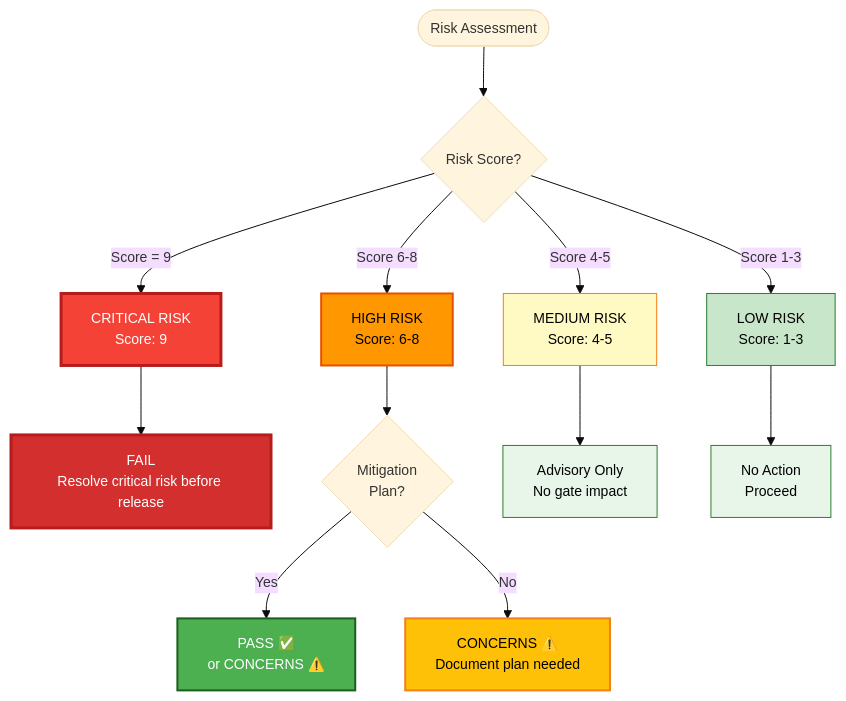
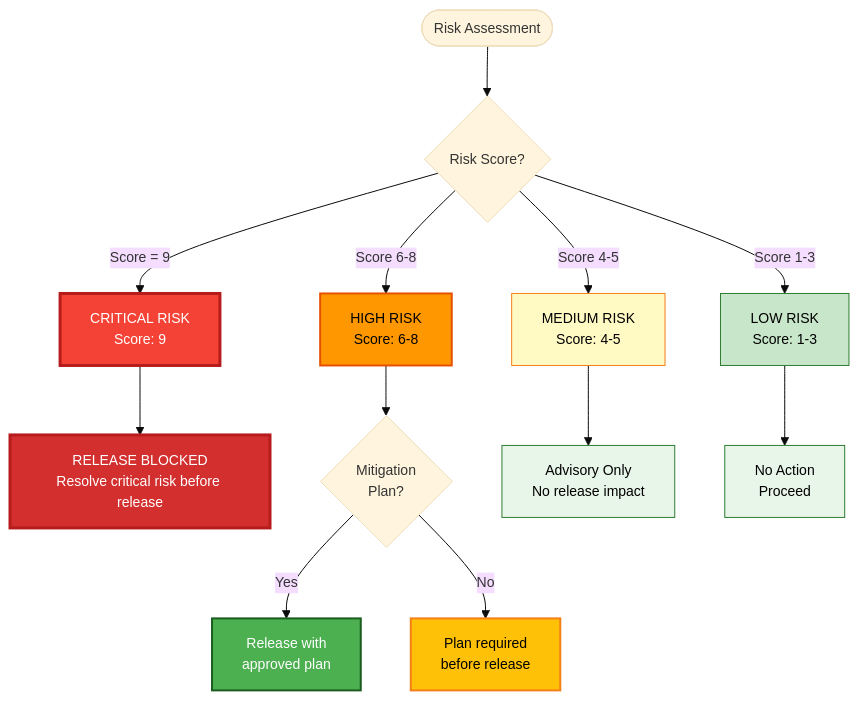
The diagram in docs/explanation/risk-based-testing.md (bmad-code-org/bmad-method-test-architecture-enterprise), drawn with Mermaid before and after one commit. The commit also changed other lines of this file and 23 other files, not shown here.

````diff
--- a/docs/explanation/risk-based-testing.md
+++ b/docs/explanation/risk-based-testing.md
@@ -54,29 +56,29 @@
 ```mermaid
 %%{init: {'theme':'base', 'themeVariables': { 'fontSize':'14px'}}}%%
 flowchart TD
     Start([Risk Assessment]) --> Score{Risk Score?}
 
     Score -->|Score = 9| Critical[CRITICAL RISK<br/>Score: 9]
     Score -->|Score 6-8| High[HIGH RISK<br/>Score: 6-8]
     Score -->|Score 4-5| Medium[MEDIUM RISK<br/>Score: 4-5]
     Score -->|Score 1-3| Low[LOW RISK<br/>Score: 1-3]
 
-    Critical --> Fail[FAIL<br/>Resolve critical risk before release]
+    Critical --> Fail[RELEASE BLOCKED<br/>Resolve critical risk before release]
 
     High --> HasMit6{Mitigation<br/>Plan?}
-    HasMit6 -->|Yes| Pass6[PASS ✅<br/>or CONCERNS ⚠️]
-    HasMit6 -->|No| Concerns6[CONCERNS ⚠️<br/>Document plan needed]
+    HasMit6 -->|Yes| Pass6[Release with<br/>approved plan]
+    HasMit6 -->|No| Concerns6[Plan required<br/>before release]
 
-    Medium --> Advisory[Advisory Only<br/>No gate impact]
+    Medium --> Advisory[Advisory Only<br/>No release impact]
     Low --> NoAction[No Action<br/>Proceed]
 
     style Critical fill:#f44336,stroke:#b71c1c,stroke-width:3px,color:#fff
     style Fail fill:#d32f2f,stroke:#b71c1c,stroke-width:3px,color:#fff
     style High fill:#ff9800,stroke:#e65100,stroke-width:2px,color:#000
     style Concerns6 fill:#ffc107,stroke:#f57f17,stroke-width:2px,color:#000
     style Pass6 fill:#4caf50,stroke:#1b5e20,stroke-width:2px,color:#fff
     style Medium fill:#fff9c4,stroke:#f57f17,stroke-width:1px,color:#000
     style Low fill:#c8e6c9,stroke:#2e7d32,stroke-width:1px,color:#000
     style Advisory fill:#e8f5e9,stroke:#2e7d32,stroke-width:1px,color:#000
     style NoAction fill:#e8f5e9,stroke:#2e7d32,stroke-width:1px,color:#000
 ```
````
